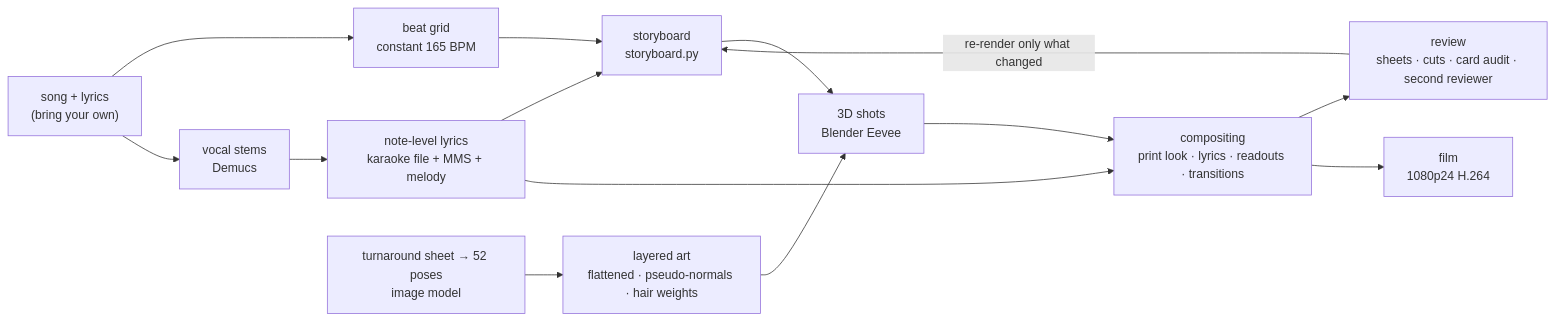
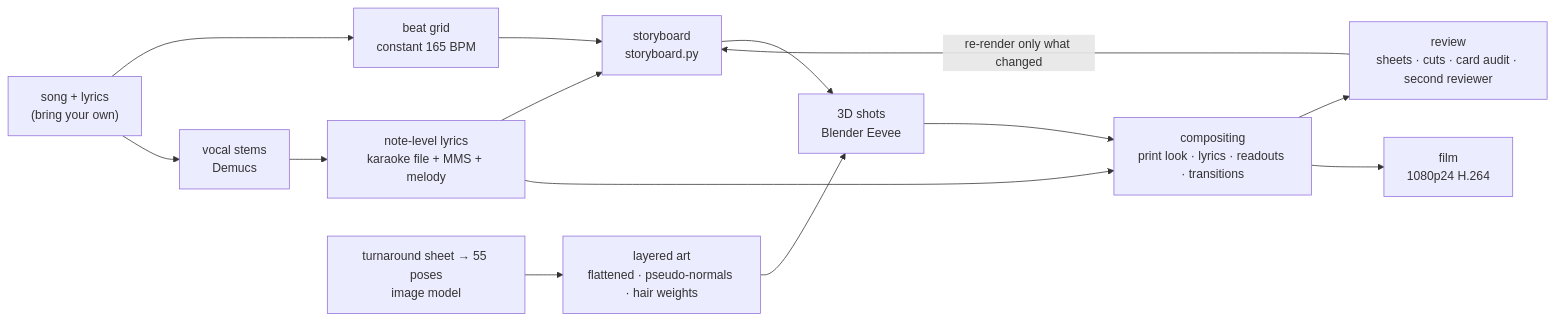
One commit to RepressedAlliance/MeltDown changed the diagram in README.en.md. Above: the diagram before and after it, drawn with Mermaid. The commit also changed other lines of this file and 38 other files, not shown here.

````diff
--- a/README.en.md
+++ b/README.en.md
@@ -102,16 +102,16 @@
 ```mermaid
 flowchart LR
   A["song + lyrics<br/>(bring your own)"] --> B["beat grid<br/>constant 165 BPM"]
   A --> C["vocal stems<br/>Demucs"]
   C --> D["note-level lyrics<br/>karaoke file + MMS + melody"]
-  E["turnaround sheet → 52 poses<br/>image model"] --> F["layered art<br/>flattened · pseudo-normals · hair weights"]
+  E["turnaround sheet → 55 poses<br/>image model"] --> F["layered art<br/>flattened · pseudo-normals · hair weights"]
   B --> G["storyboard<br/>storyboard.py"]
   D --> G
   G --> H["3D shots<br/>Blender Eevee"]
   F --> H
   H --> I["compositing<br/>print look · lyrics · readouts · transitions"]
   D --> I
   I --> J["review<br/>sheets · cuts · card audit · second reviewer"]
   J -- "re-render only what changed" --> G
   I --> K["film<br/>1080p24 H.264"]
 ```
````
